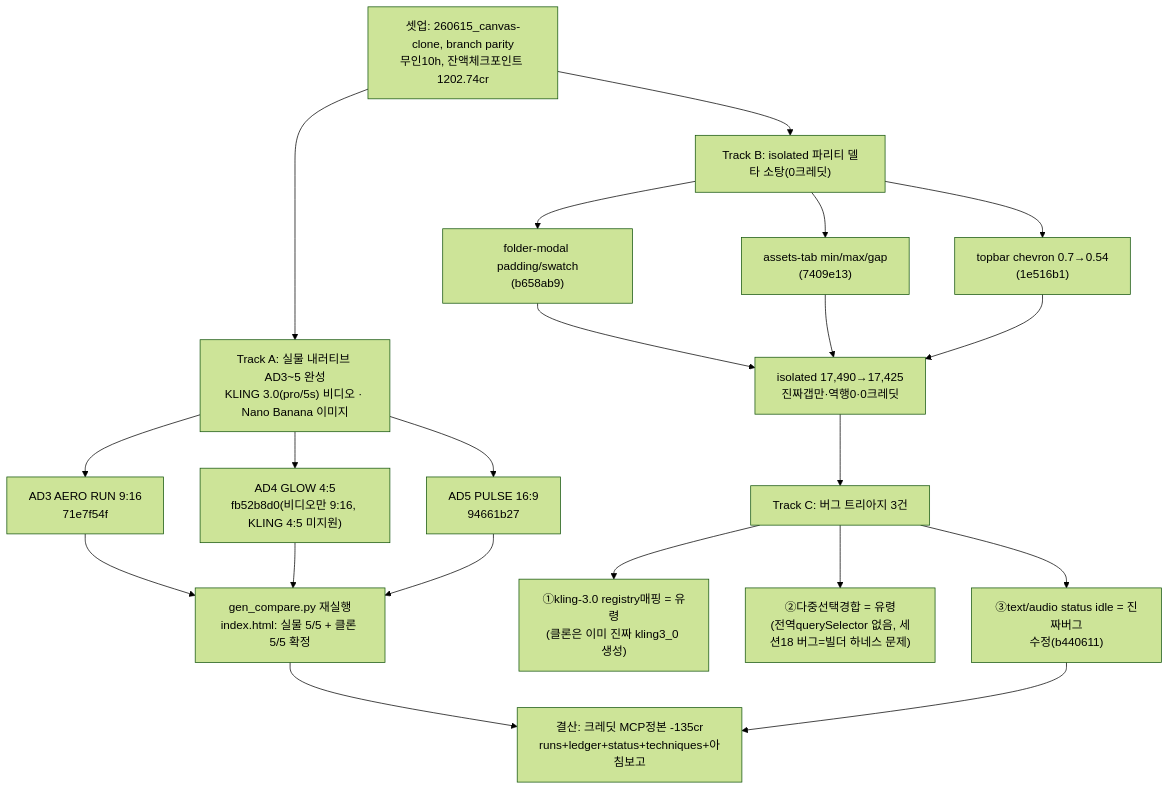
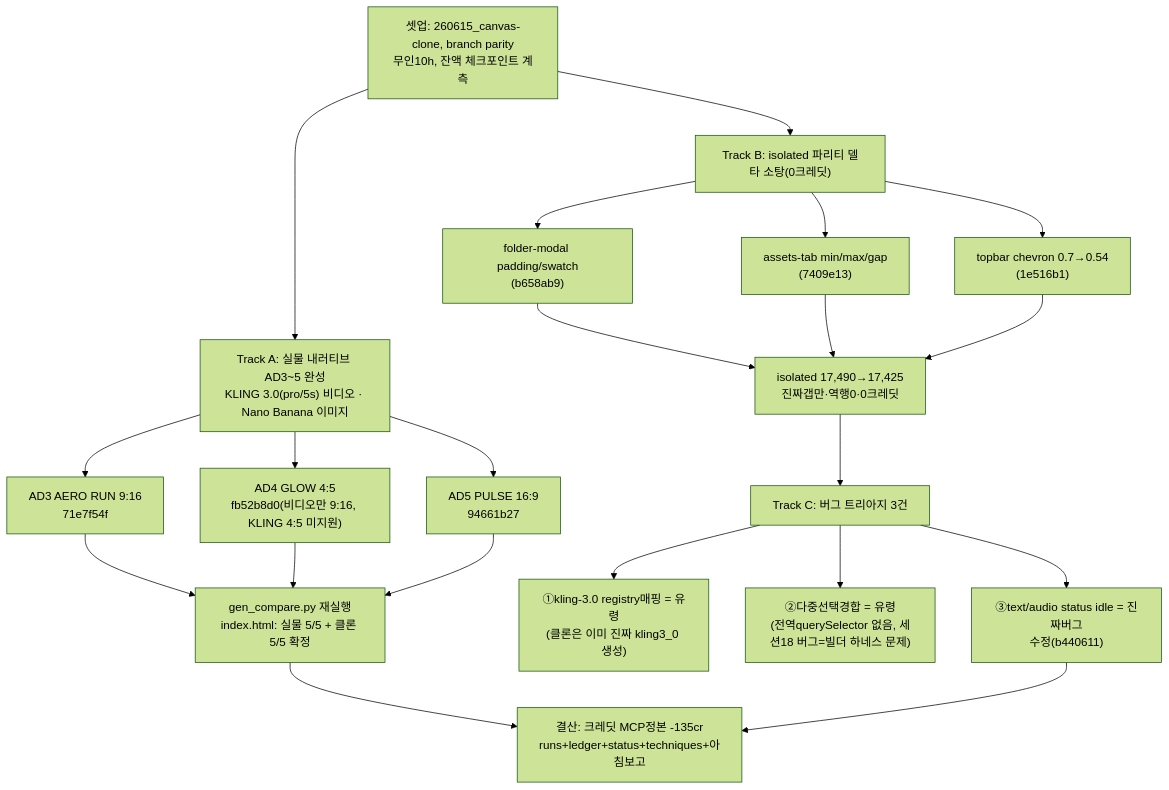
The diagram in runs/2026-07-16-canvas-s19.md (csbakk/clone-kb), drawn with Mermaid (forest theme) before and after one commit. The commit also changed 3 other files, not shown here.

````diff
--- a/runs/2026-07-16-canvas-s19.md
+++ b/runs/2026-07-16-canvas-s19.md
@@ -29,23 +29,23 @@
 ```mermaid
 flowchart TD
-    S["셋업: 260615_canvas-clone, branch parity<br/>무인10h, 잔액체크포인트 1202.74cr"] --> TA["Track A: 실물 내러티브 AD3~5 완성<br/>KLING 3.0(pro/5s) 비디오 · Nano Banana 이미지"]
+    S["셋업: 260615_canvas-clone, branch parity<br/>무인10h, 잔액 체크포인트 계측"] --> TA["Track A: 실물 내러티브 AD3~5 완성<br/>KLING 3.0(pro/5s) 비디오 · Nano Banana 이미지"]
     S --> TB["Track B: isolated 파리티 델타 소탕(0크레딧)"]
     TA --> AD3["AD3 AERO RUN 9:16<br/>71e7f54f"]
     TA --> AD4["AD4 GLOW 4:5<br/>fb52b8d0(비디오만 9:16, KLING 4:5 미지원)"]
     TA --> AD5["AD5 PULSE 16:9<br/>94661b27"]
     AD3 --> GAL["gen_compare.py 재실행<br/>index.html: 실물 5/5 + 클론 5/5 확정"]
     AD4 --> GAL
     AD5 --> GAL
     TB --> B1["folder-modal padding/swatch<br/>(b658ab9)"]
     TB --> B2["assets-tab min/max/gap<br/>(7409e13)"]
     TB --> B3["topbar chevron 0.7→0.54<br/>(1e516b1)"]
     B1 --> ISO["isolated 17,490→17,425<br/>진짜갭만·역행0·0크레딧"]
     B2 --> ISO
     B3 --> ISO
     ISO --> TC["Track C: 버그 트리아지 3건"]
     TC --> TCa["①kling-3.0 registry매핑 = 유령<br/>(클론은 이미 진짜 kling3_0 생성)"]
     TC --> TCb["②다중선택경합 = 유령<br/>(전역querySelector 없음, 세션18 버그=빌더 하네스 문제)"]
     TC --> TCc["③text/audio status idle = 진짜버그<br/>수정(b440611)"]
     GAL --> E["결산: 크레딧 MCP정본 -135cr<br/>runs+ledger+status+techniques+아침보고"]
     TCc --> E
 ```
````
